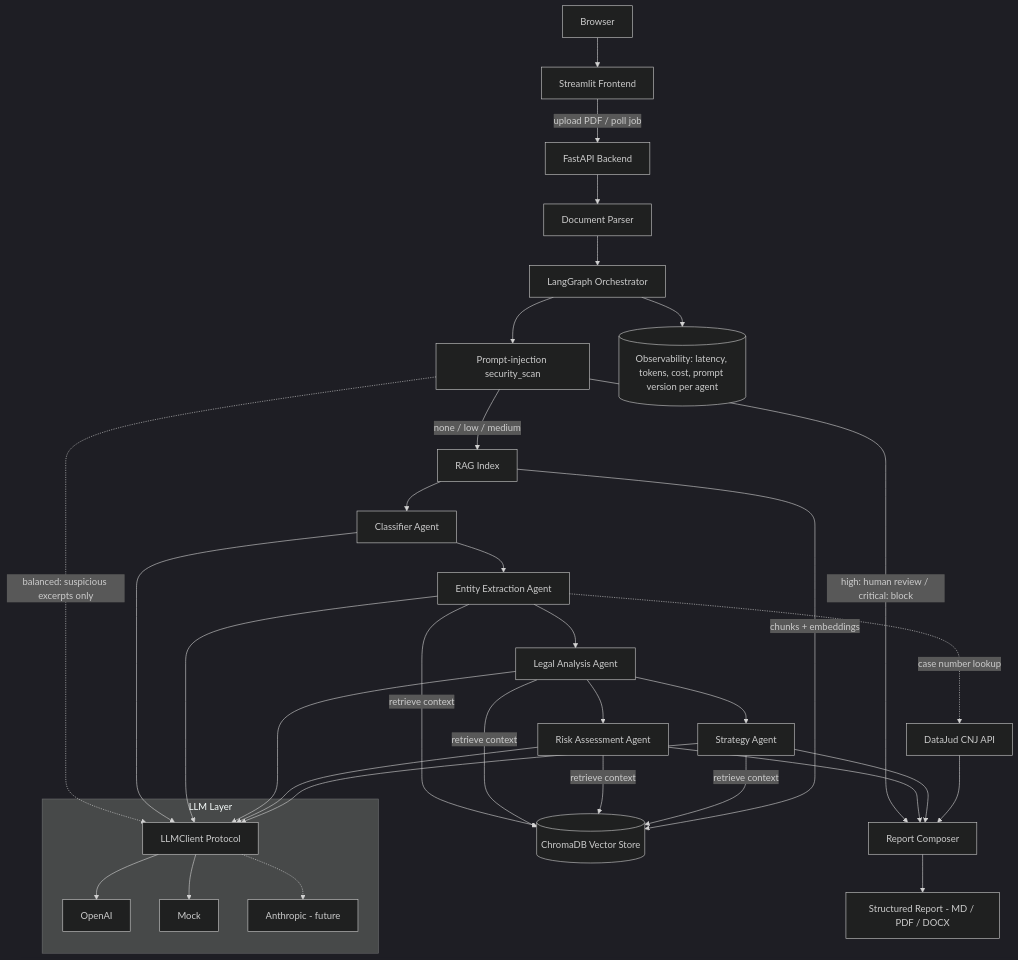
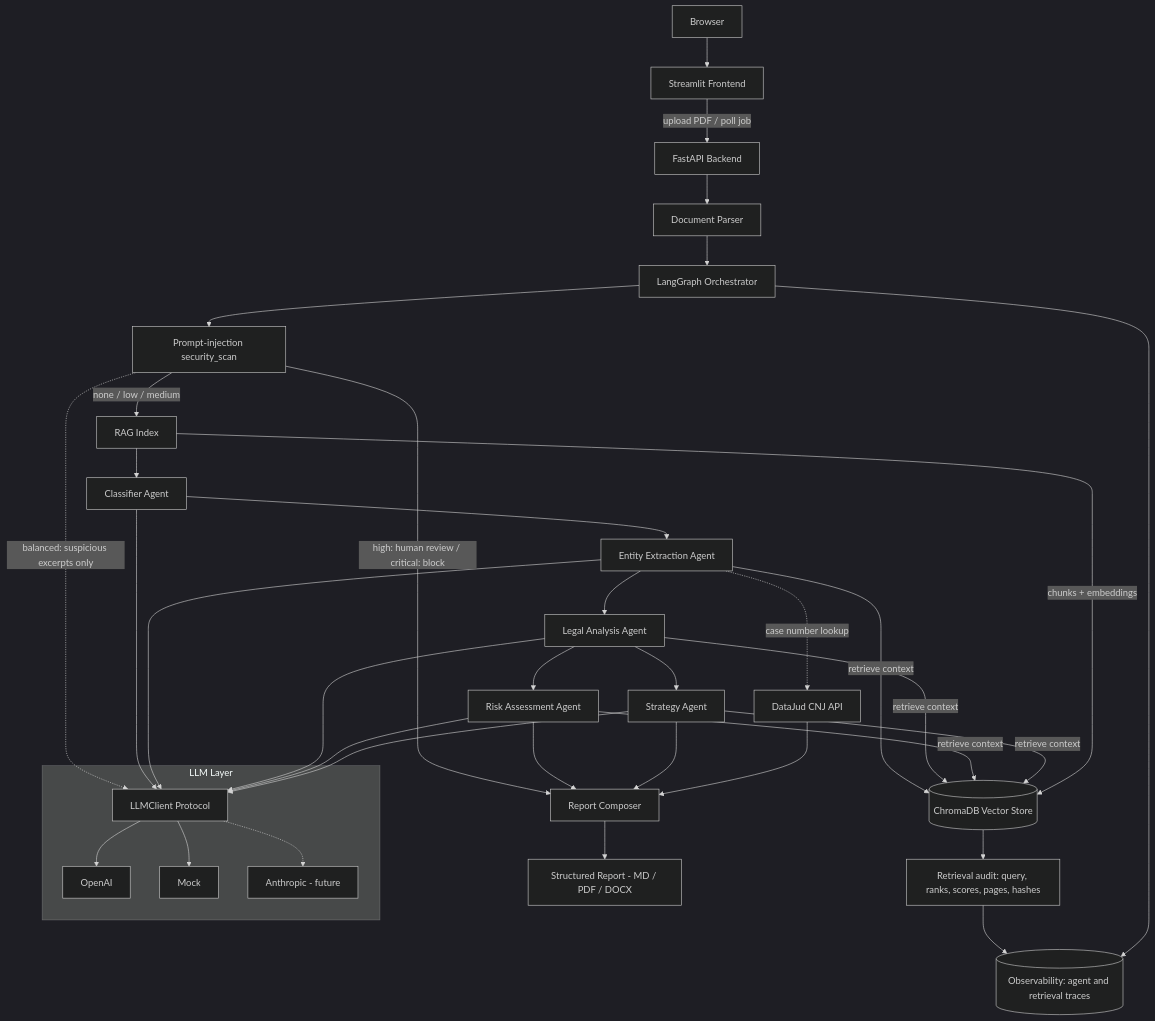
The diagram in docs/architecture.md (el-gabri/enter-poc), drawn with Mermaid (dark theme) before and after one commit. The commit also changed other lines of this file and 43 other files, not shown here.

````diff
--- a/docs/architecture.md
+++ b/docs/architecture.md
@@ -5,30 +5,32 @@
 ```mermaid
 flowchart TD
     B[Browser] --> F[Streamlit Frontend]
     F -->|upload PDF / poll job| A[FastAPI Backend]
     A --> P[Document Parser]
     P --> O[LangGraph Orchestrator]
     O --> PI[Prompt-injection security_scan]
     PI -->|none / low / medium| I[RAG Index]
     PI -->|high: human review / critical: block| G[Report Composer]
     I --> C[Classifier Agent]
     C --> E[Entity Extraction Agent]
     E --> L[Legal Analysis Agent]
     L --> R[Risk Assessment Agent]
     L --> S[Strategy Agent]
     R & S --> G
     E & L & R & S -->|retrieve context| RAG[(ChromaDB Vector Store)]
+    RAG --> RT[Retrieval audit: query, ranks, scores, pages, hashes]
+    RT --> OBS
     I -->|chunks + embeddings| RAG
     E -.->|case number lookup| DJ[DataJud CNJ API]
     DJ --> G
     subgraph LLM Layer
         LC[LLMClient Protocol]
         LC --> OAI[OpenAI]
         LC --> MOCK[Mock]
         LC -.-> ANT[Anthropic - future]
     end
     PI -.->|balanced: suspicious excerpts only| LC
     C & E & L & R & S --> LC
     G --> REP[Structured Report - MD / PDF / DOCX]
-    O --> OBS[(Observability: latency, tokens, cost, prompt version per agent)]
+    O --> OBS[(Observability: agent and retrieval traces)]
 ```
````
